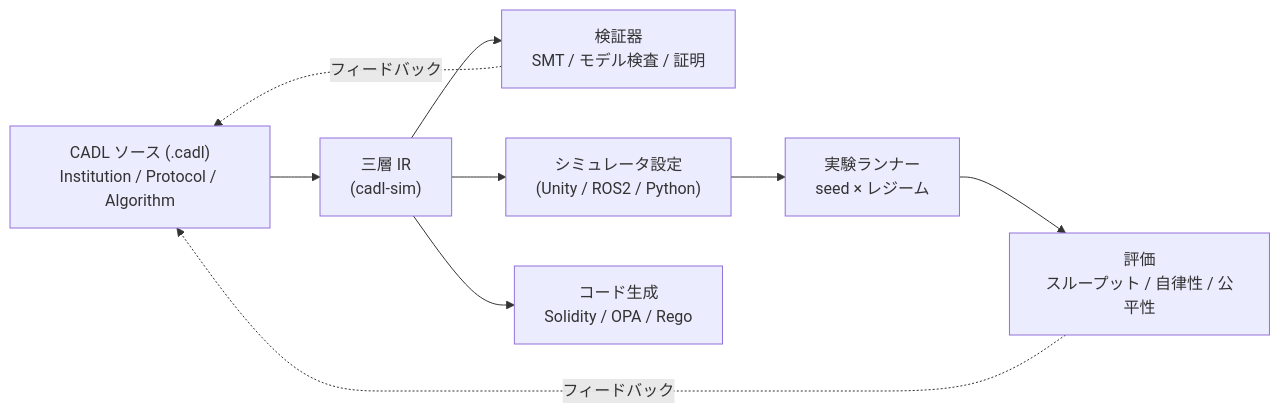
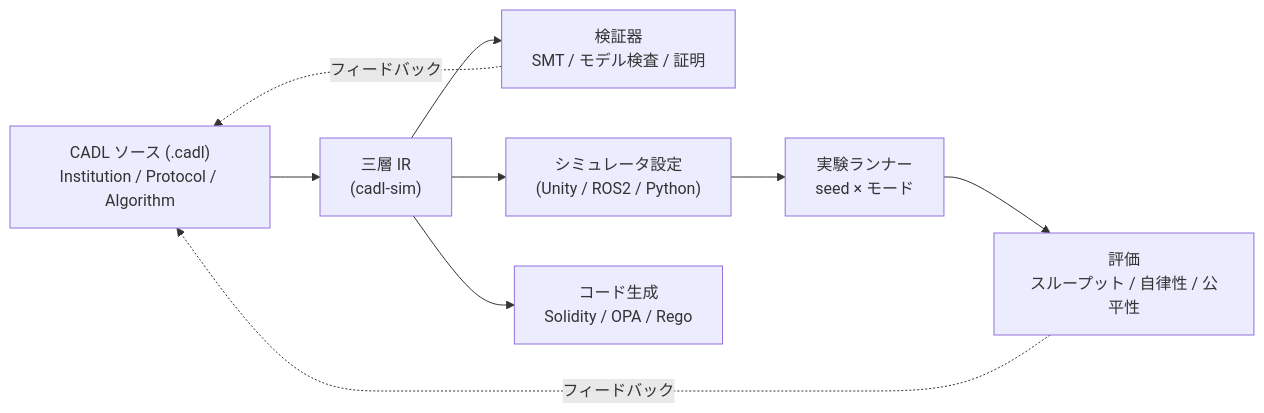
Before and after one commit to ertlnagoya/cadl-spec: the diagram in i18n/ja/docusaurus-plugin-content-docs/current/spec/intro.md, drawn with Mermaid. The commit also changed 14 other files, not shown here.

````diff
--- a/i18n/ja/docusaurus-plugin-content-docs/current/spec/intro.md
+++ b/i18n/ja/docusaurus-plugin-content-docs/current/spec/intro.md
@@ -30,19 +30,19 @@
 ```mermaid
 flowchart LR
     SRC["CADL ソース (.cadl)<br/>Institution / Protocol / Algorithm"]
     IR["三層 IR<br/>(cadl-sim)"]
     VER["検証器<br/>SMT / モデル検査 / 証明"]
     CFG["シミュレータ設定<br/>(Unity / ROS2 / Python)"]
     CODE["コード生成<br/>Solidity / OPA / Rego"]
-    EXP["実験ランナー<br/>seed × レジーム"]
+    EXP["実験ランナー<br/>seed × モード"]
     EVAL["評価<br/>スループット / 自律性 / 公平性"]
 
     SRC --> IR
     IR --> VER
     IR --> CFG
     IR --> CODE
     CFG --> EXP
     EXP --> EVAL
     VER -. フィードバック .-> SRC
     EVAL -. フィードバック .-> SRC
 ```
````
